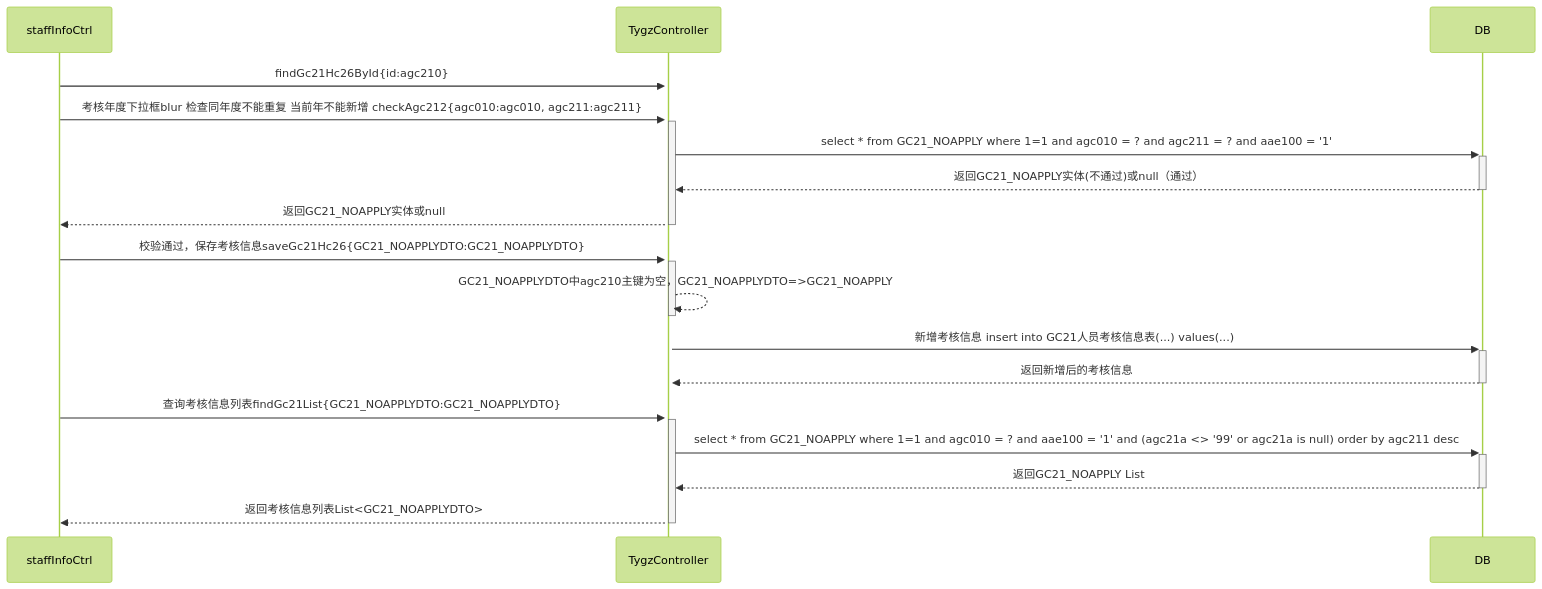
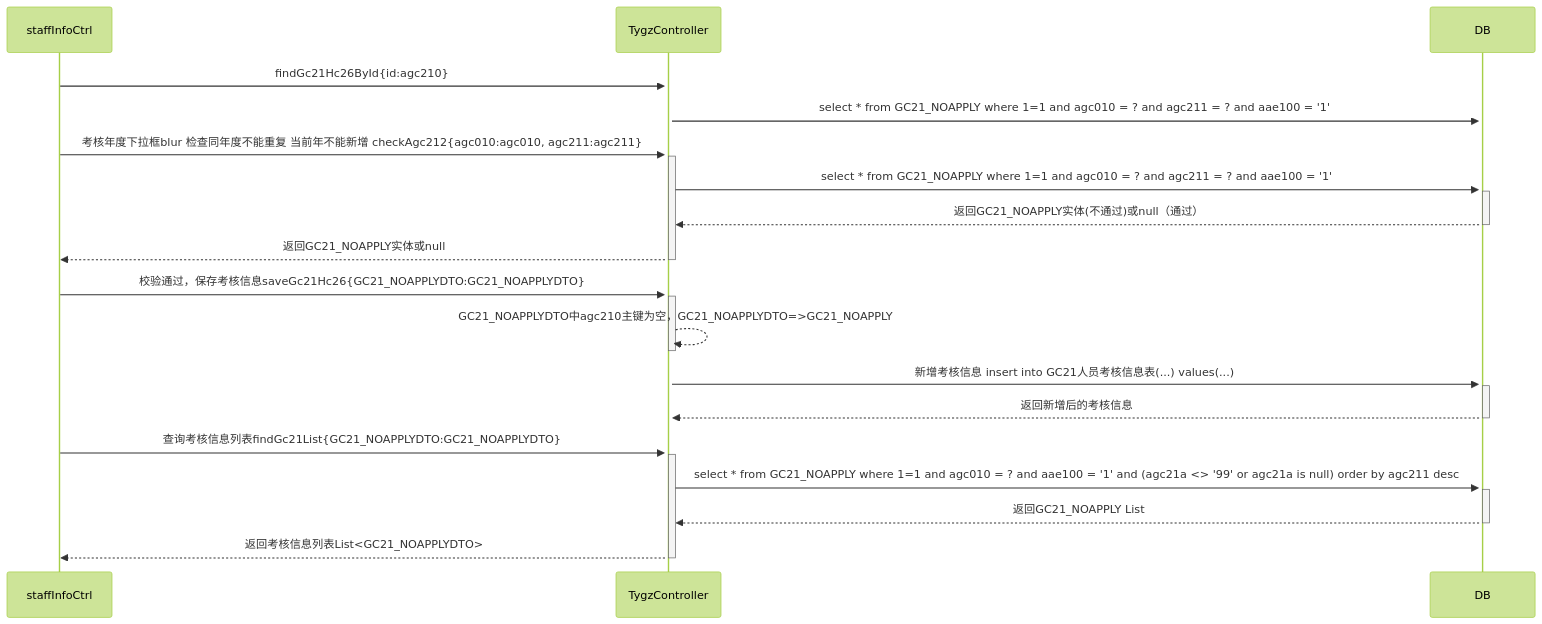
Before and after one commit to ZhangJianBeiJing/iodraw-files: the diagram in all/人员考核信息修改按钮的调用业务流程.md, drawn with Mermaid (forest theme).

Commit message:
2025-03-26 09:58:04 update

````diff
--- a/all/人员考核信息修改按钮的调用业务流程.md
+++ b/all/人员考核信息修改按钮的调用业务流程.md
@@ -1,19 +1,19 @@
 ```mermaid
 sequenceDiagram
 
     staffInfoCtrl->>+TygzController:findGc21Hc26ById{id:agc210}
-    
+    TygzController->>+DB:select * from GC21_NOAPPLY where 1=1 and agc010 = ? and agc211 = ? and aae100 = '1'
     staffInfoCtrl->>+TygzController:考核年度下拉框blur 检查同年度不能重复 当前年不能新增 checkAgc212{agc010:agc010, agc211:agc211}
     TygzController->>+DB:select * from GC21_NOAPPLY where 1=1 and agc010 = ? and agc211 = ? and aae100 = '1'
     DB-->>-TygzController:返回GC21_NOAPPLY实体(不通过)或null（通过）
     TygzController-->>-staffInfoCtrl:返回GC21_NOAPPLY实体或null
 
     staffInfoCtrl->>+TygzController:校验通过，保存考核信息saveGc21Hc26{GC21_NOAPPLYDTO:GC21_NOAPPLYDTO}
     TygzController-->>-TygzController:GC21_NOAPPLYDTO中agc210主键为空，GC21_NOAPPLYDTO=>GC21_NOAPPLY
     TygzController->>+DB:新增考核信息 insert into GC21人员考核信息表(...) values(...)
     DB-->>-TygzController:返回新增后的考核信息
     staffInfoCtrl->>+TygzController:查询考核信息列表findGc21List{GC21_NOAPPLYDTO:GC21_NOAPPLYDTO}
     TygzController->>+DB:select * from GC21_NOAPPLY where 1=1 and agc010 = ? and aae100 = '1' and (agc21a <> '99' or agc21a is null) order by agc211 desc
     DB-->>-TygzController:返回GC21_NOAPPLY List
     TygzController-->>-staffInfoCtrl:返回考核信息列表List<GC21_NOAPPLYDTO>
 ```
````
